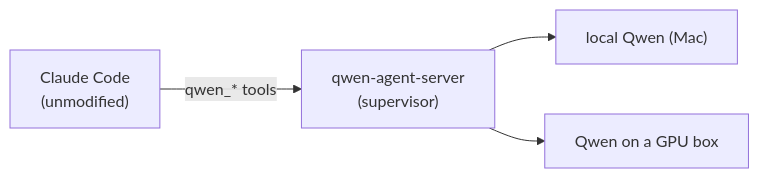
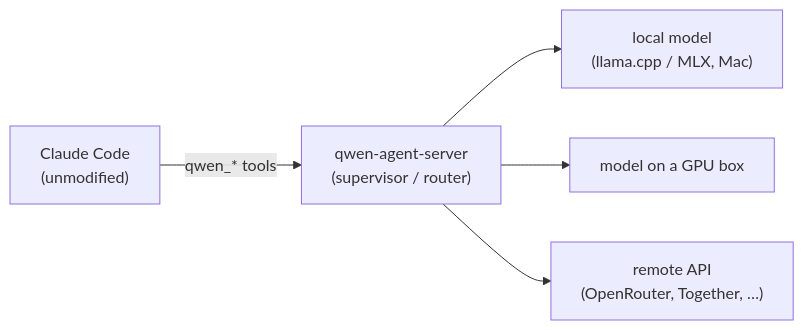
The diagram in README.md (Hellblazer/qwen-coprocessor-stack), drawn with Mermaid before and after one commit. The commit also changed other lines of this file and 9 other files, not shown here.

````diff
--- a/README.md
+++ b/README.md
@@ -18,10 +23,12 @@
 ```mermaid
 flowchart LR
   CC["Claude Code<br/>(unmodified)"]
-  SUP["qwen-agent-server<br/>(supervisor)"]
-  B1["local Qwen (Mac)"]
-  B2["Qwen on a GPU box"]
+  SUP["qwen-agent-server<br/>(supervisor / router)"]
+  B1["local model<br/>(llama.cpp / MLX, Mac)"]
+  B2["model on a GPU box"]
+  B3["remote API<br/>(OpenRouter, Together, …)"]
   CC -->|"qwen_* tools"| SUP
   SUP --> B1
   SUP --> B2
+  SUP --> B3
 ```
````
